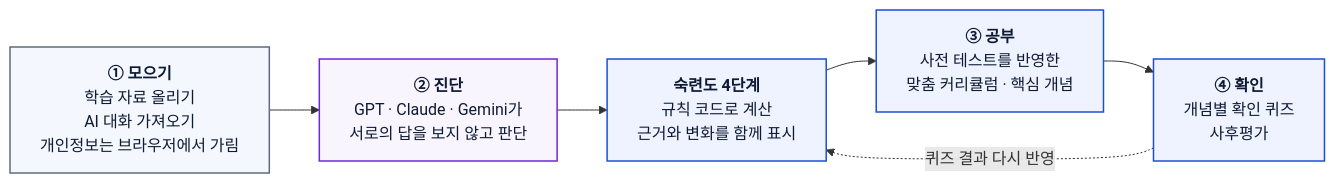
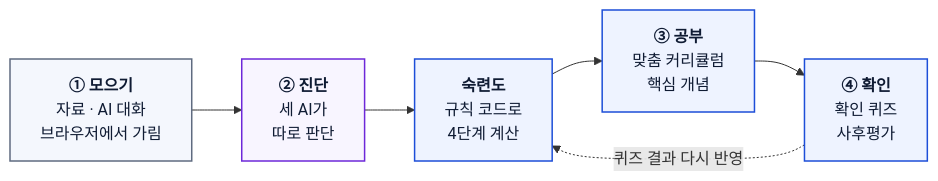
Before and after one commit to SpicyShrimpChip/MSG: the diagram in README.md, drawn with Mermaid. The commit also changed other lines of this file, not shown here.

````diff
--- a/README.md
+++ b/README.md
@@ -50,14 +50,14 @@
 ```mermaid
 flowchart LR
-  A["<b>① 모으기</b><br/>학습 자료 올리기<br/>AI 대화 가져오기<br/>개인정보는 브라우저에서 가림"]:::browser
-  B["<b>② 진단</b><br/>GPT · Claude · Gemini가<br/>서로의 답을 보지 않고 판단"]:::ai
-  M["<b>숙련도 4단계</b><br/>규칙 코드로 계산<br/>근거와 변화를 함께 표시"]:::code
-  C["<b>③ 공부</b><br/>사전 테스트를 반영한<br/>맞춤 커리큘럼 · 핵심 개념"]:::code
-  D["<b>④ 확인</b><br/>개념별 확인 퀴즈<br/>사후평가"]:::code
+  A["<b>① 모으기</b><br/>자료 · AI 대화<br/>브라우저에서 가림"]:::browser
+  B["<b>② 진단</b><br/>세 AI가<br/>따로 판단"]:::ai
+  M["<b>숙련도</b><br/>규칙 코드로<br/>4단계 계산"]:::code
+  C["<b>③ 공부</b><br/>맞춤 커리큘럼<br/>핵심 개념"]:::code
+  D["<b>④ 확인</b><br/>확인 퀴즈<br/>사후평가"]:::code
   A --> B --> M --> C --> D
   D -. "퀴즈 결과 다시 반영" .-> M
 
   classDef browser fill:#f4f7fd,stroke:#5f6b80,stroke-width:1.5px,color:#0f1b33
   classDef code fill:#eef3ff,stroke:#1d4ed8,stroke-width:1.5px,color:#0f1b33
   classDef ai fill:#f8f5ff,stroke:#6d28d9,stroke-width:1.5px,color:#0f1b33
 ```
````
